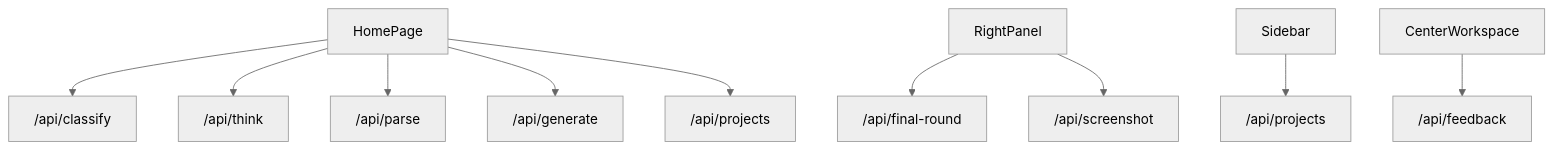
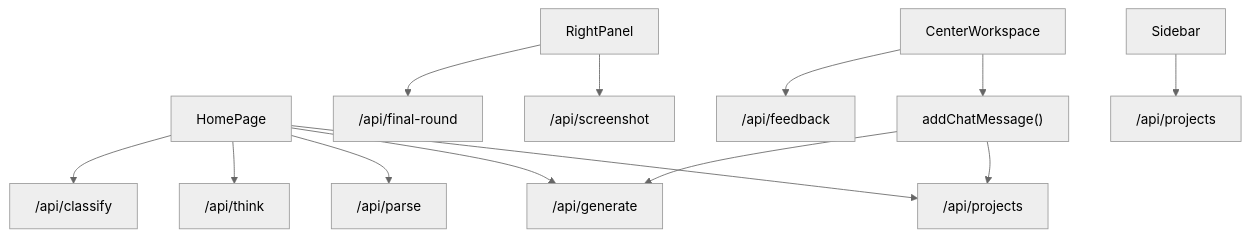
The ninth of 10 diagrams in .qoder/repowiki/en/content/Architecture & Design/Layered Architecture/Presentation Layer.md (shekhargiri005-dotcom/AI-powered-accessibility-first-UI-engine), drawn with Mermaid (neutral theme) before and after one commit. The commit also changed other lines of this file and 71 other files, not shown here.

````diff
--- a/.qoder/repowiki/en/content/Architecture & Design/Layered Architecture/Presentation Layer.md
+++ b/.qoder/repowiki/en/content/Architecture & Design/Layered Architecture/Presentation Layer.md
@@ -380,12 +438,15 @@
 ```mermaid
 graph TB
 HP["HomePage"] --> API1["/api/classify"]
 HP --> API2["/api/think"]
 HP --> API3["/api/parse"]
 HP --> API4["/api/generate"]
 HP --> API5["/api/projects"]
 RP["RightPanel"] --> API6["/api/final-round"]
 RP --> API7["/api/screenshot"]
 SB["Sidebar"] --> API8["/api/projects"]
 CW["CenterWorkspace"] --> API9["/api/feedback"]
+CW --> CHAT["addChatMessage()"]
+CHAT --> API4
+CHAT --> API5
 ```
````
